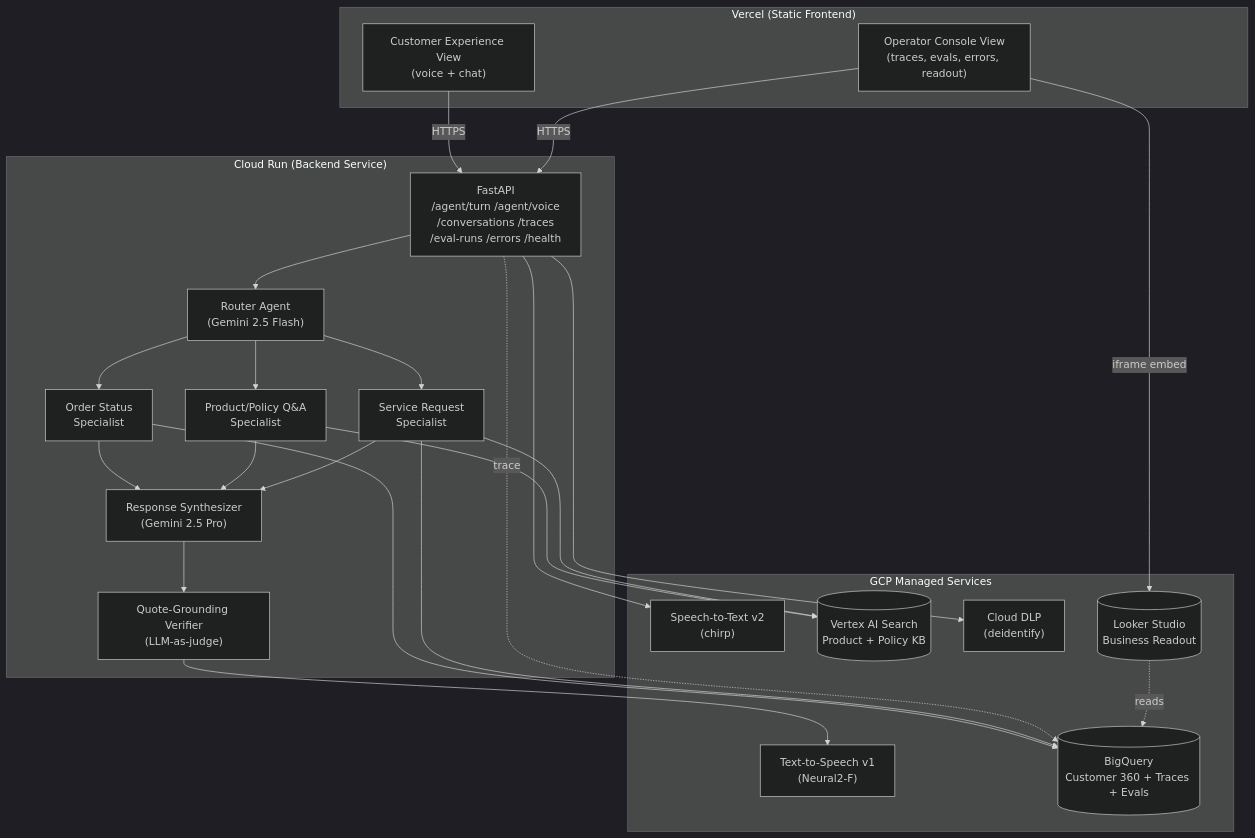
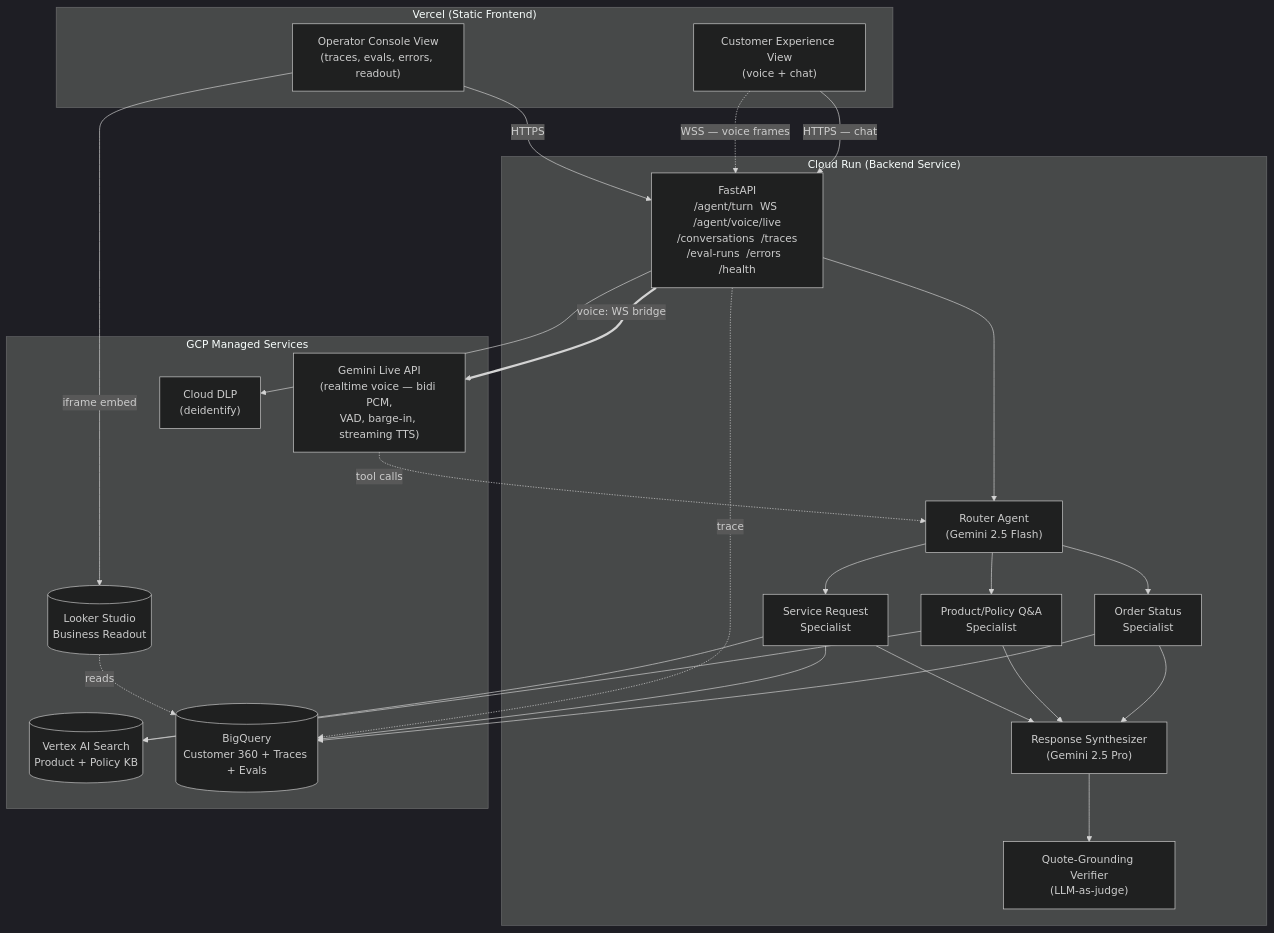
The diagram in README.md (charanyellanki/ContactPulse), drawn with Mermaid (dark theme) before and after one commit. The commit also changed other lines of this file and 104 other files, not shown here.

Commit message:
realtime voice via Gemini Live and other changes

````diff
--- a/README.md
+++ b/README.md
@@ -28,52 +28,52 @@
 ```mermaid
 flowchart TB
     subgraph Vercel["Vercel (Static Frontend)"]
         CView["Customer Experience View<br/>(voice + chat)"]
         OView["Operator Console View<br/>(traces, evals, errors, readout)"]
     end
 
     subgraph CloudRun["Cloud Run (Backend Service)"]
-        API["FastAPI<br/>/agent/turn  /agent/voice<br/>/conversations  /traces<br/>/eval-runs  /errors  /health"]
+        API["FastAPI<br/>/agent/turn  WS /agent/voice/live<br/>/conversations  /traces<br/>/eval-runs  /errors  /health"]
         Router["Router Agent<br/>(Gemini 2.5 Flash)"]
         OrderAgent["Order Status<br/>Specialist"]
         QAAgent["Product/Policy Q&A<br/>Specialist"]
         ServiceAgent["Service Request<br/>Specialist"]
         Synth["Response Synthesizer<br/>(Gemini 2.5 Pro)"]
         Verifier["Quote-Grounding Verifier<br/>(LLM-as-judge)"]
     end
 
     subgraph GCP["GCP Managed Services"]
-        STT["Speech-to-Text v2<br/>(chirp)"]
-        TTS["Text-to-Speech v1<br/>(Neural2-F)"]
+        Live["Gemini Live API<br/>(realtime voice — bidi PCM,<br/>VAD, barge-in, streaming TTS)"]
         Search[("Vertex AI Search<br/>Product + Policy KB")]
         BQ[("BigQuery<br/>Customer 360 + Traces + Evals")]
         DLP["Cloud DLP<br/>(deidentify)"]
         Looker[("Looker Studio<br/>Business Readout")]
     end
 
-    CView -->|HTTPS| API
+    CView -->|HTTPS — chat| API
+    CView -.->|WSS — voice frames| API
     OView -->|HTTPS| API
 
+    API == voice: WS bridge ==> Live
+    Live -.tool calls.-> Router
     API --> DLP
-    API --> STT
     API --> Router
     Router --> OrderAgent
     Router --> QAAgent
     Router --> ServiceAgent
 
     OrderAgent --> BQ
     QAAgent --> Search
     ServiceAgent --> BQ
     ServiceAgent --> Search
 
     OrderAgent --> Synth
     QAAgent --> Synth
     ServiceAgent --> Synth
 
     Synth --> Verifier
-    Verifier --> TTS
 
     API -.trace.-> BQ
     OView -->|iframe embed| Looker
     Looker -.reads.-> BQ
 ```
````
